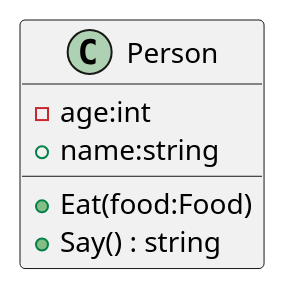
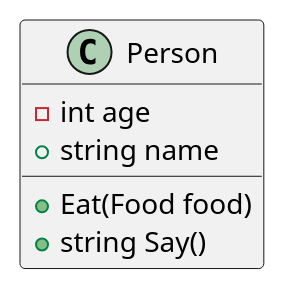
One commit to ZhiZe-ZG/UMLLesson changed the second of 13 diagrams in PlantUML/Lesson02.md. Above: the diagram before and after it, drawn with PlantUML. The commit also changed other lines of this file and 1 other file, not shown here.

````diff
--- a/PlantUML/Lesson02.md
+++ b/PlantUML/Lesson02.md
@@ -23,8 +23,8 @@
 ```PlantUML
 class Person{
-    - age:int
-    + name:string
-    + Eat(food:Food)
-    + Say() : string
+    - int age
+    + string name
+    + Eat(Food food)
+    + string Say()
 }
 ```
````
